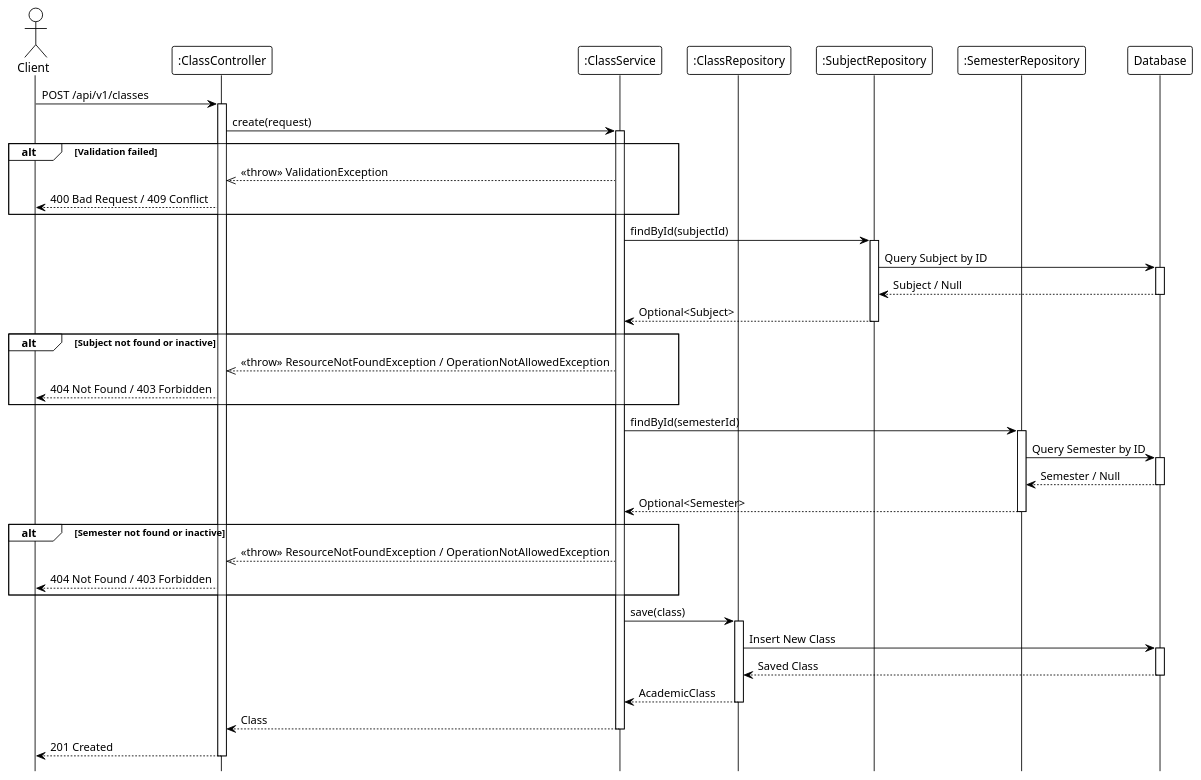
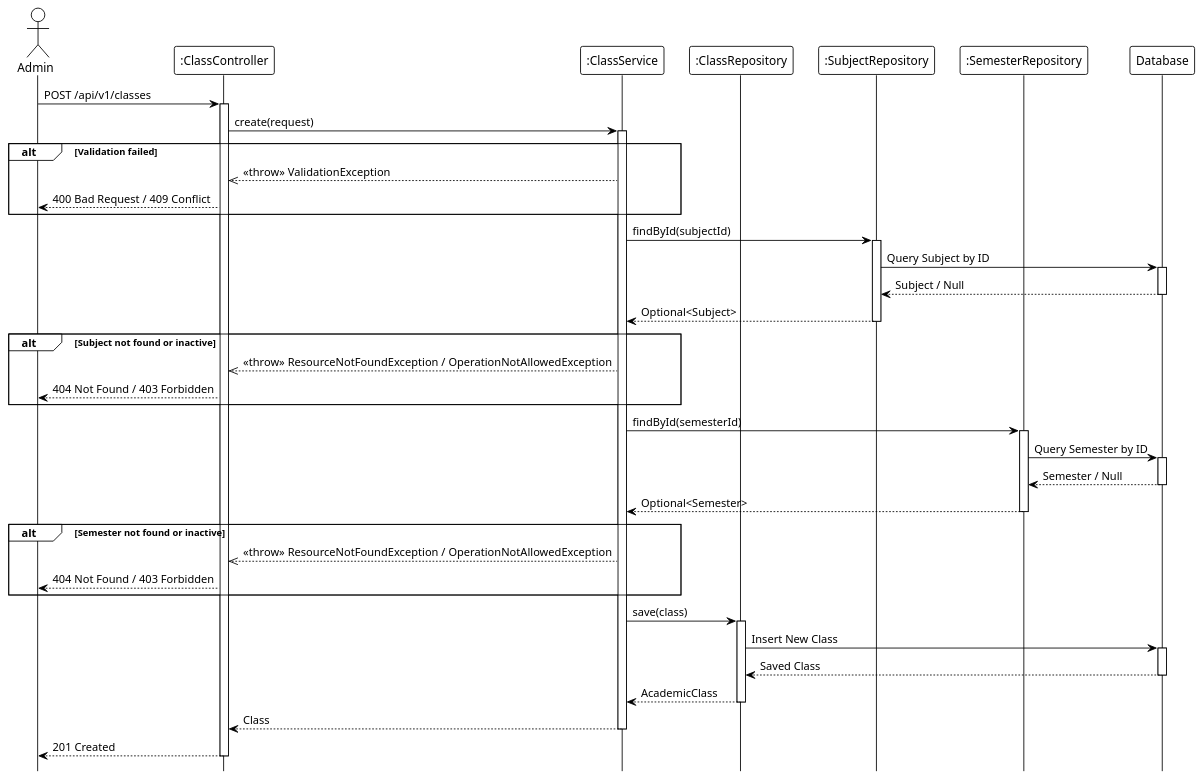
Before and after one commit to Ndh474/context: the diagram in system_detailed_design/25_create_class/sequence_diagram_create_class.puml, drawn with PlantUML. The commit also changed 61 other files, not shown here.

First line of the commit message:
refactor(diagrams): update actor from Client to Admin in sequence diagrams

```diff
--- a/system_detailed_design/25_create_class/sequence_diagram_create_class.puml
+++ b/system_detailed_design/25_create_class/sequence_diagram_create_class.puml
@@ -1,80 +1,80 @@
 @startuml create_class
 !theme plain
 hide footbox
 
-actor Client
+actor Admin
 participant ":ClassController" as Controller
 participant ":ClassService" as Service
 participant ":ClassRepository" as ClassRepo
 participant ":SubjectRepository" as SubjectRepo
 participant ":SemesterRepository" as SemesterRepo
 participant "Database" as DB
 
 ' --- MAIN FLOW ---
-Client -> Controller: POST /api/v1/classes
+Admin -> Controller: POST /api/v1/classes
 activate Controller
 
 Controller -> Service: create(request)
 activate Service
 
 ' --- VALIDATION LOGIC ---
 ' Validation logic (internal)
 
 alt Validation failed
     Service -->> Controller: <<throw>> ValidationException
-    Controller --> Client: 400 Bad Request / 409 Conflict
+    Controller --> Admin: 400 Bad Request / 409 Conflict
 end
 
 ' --- VALIDATE SUBJECT ---
 Service -> SubjectRepo: findById(subjectId)
 activate SubjectRepo
 
 SubjectRepo -> DB: Query Subject by ID
 activate DB
 DB --> SubjectRepo: Subject / Null
 deactivate DB
 
 SubjectRepo --> Service: Optional<Subject>
 deactivate SubjectRepo
 
 alt Subject not found or inactive
     Service -->> Controller: <<throw>> ResourceNotFoundException / OperationNotAllowedException
-    Controller --> Client: 404 Not Found / 403 Forbidden
+    Controller --> Admin: 404 Not Found / 403 Forbidden
 end
 
 ' --- VALIDATE SEMESTER ---
 Service -> SemesterRepo: findById(semesterId)
 activate SemesterRepo
 
 SemesterRepo -> DB: Query Semester by ID
 activate DB
 DB --> SemesterRepo: Semester / Null
 deactivate DB
 
 SemesterRepo --> Service: Optional<Semester>
 deactivate SemesterRepo
 
 alt Semester not found or inactive
     Service -->> Controller: <<throw>> ResourceNotFoundException / OperationNotAllowedException
-    Controller --> Client: 404 Not Found / 403 Forbidden
+    Controller --> Admin: 404 Not Found / 403 Forbidden
 end
 
 ' --- SAVE TO DATABASE ---
 Service -> ClassRepo: save(class)
 activate ClassRepo
 
 ClassRepo -> DB: Insert New Class
 activate DB
 DB --> ClassRepo: Saved Class
 deactivate DB
 
 ClassRepo --> Service: AcademicClass
 deactivate ClassRepo
 
 Service --> Controller: Class
 deactivate Service
 
-Controller --> Client: 201 Created
+Controller --> Admin: 201 Created
 deactivate Controller
 
 @enduml
```
